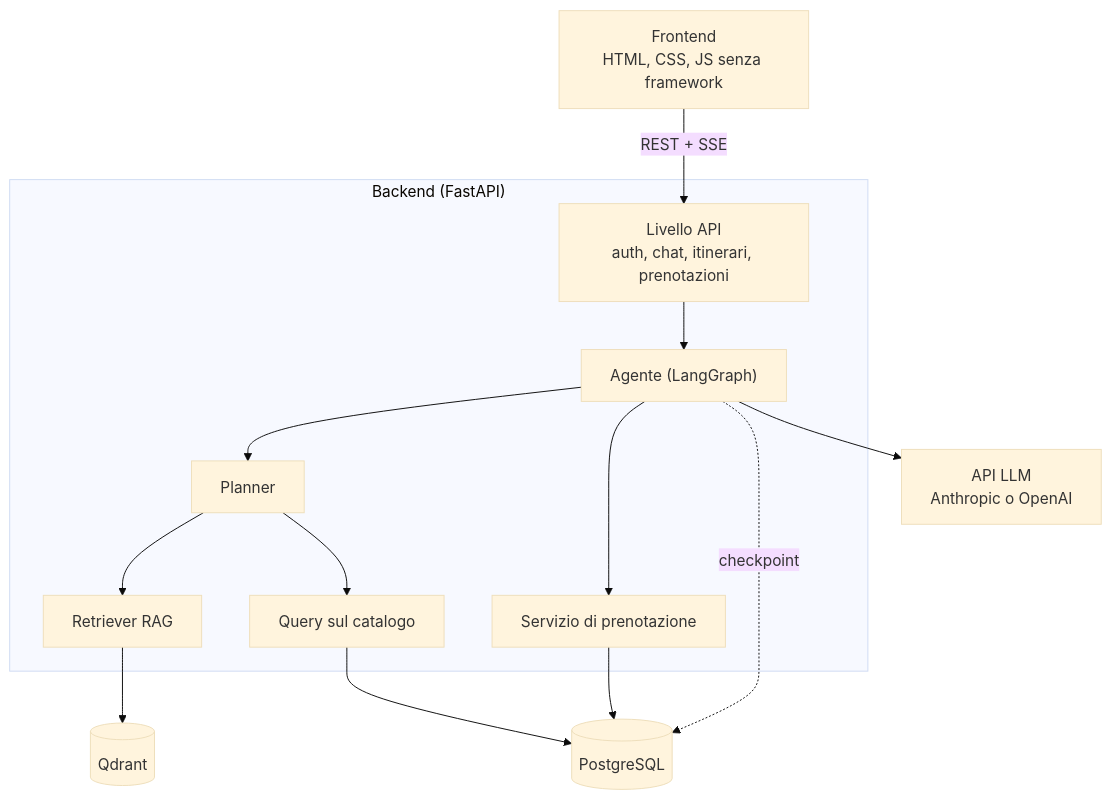
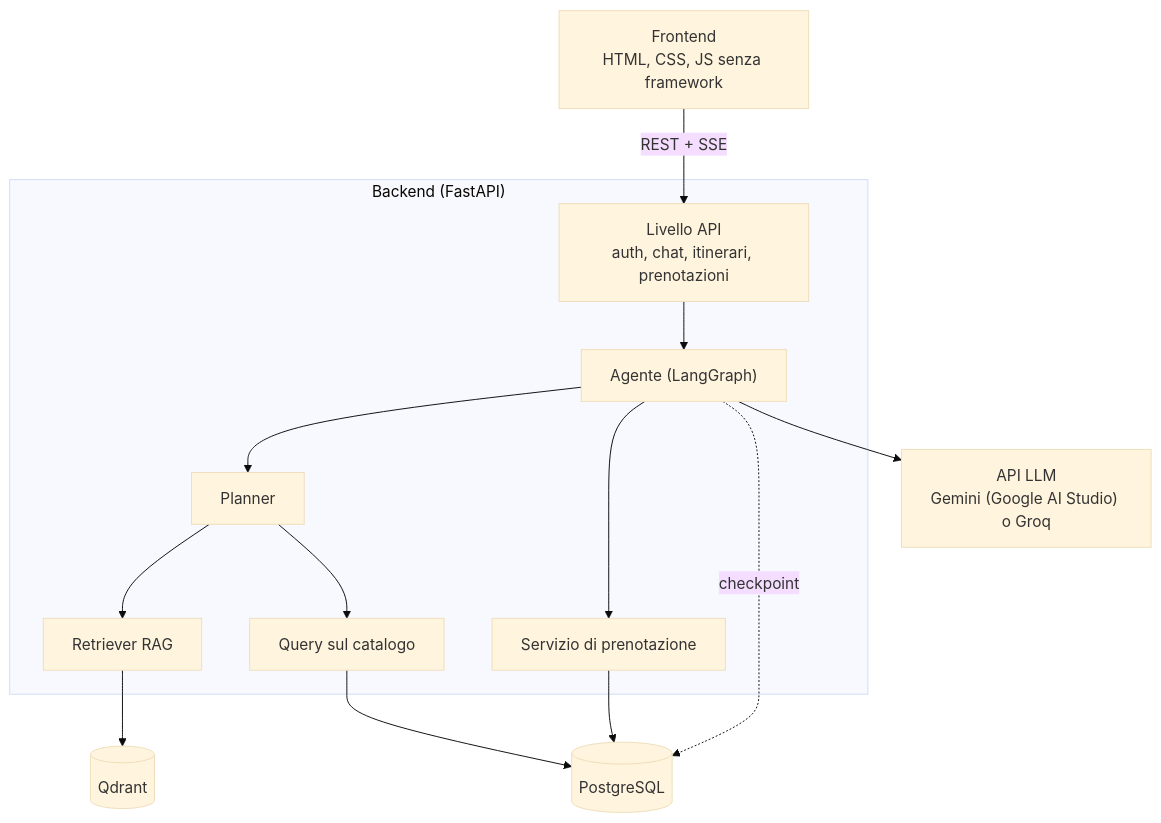
One commit to CiroSeto30/Travel-Agent changed the first of 3 diagrams in docs/design.md. Above: the diagram before and after it, drawn with Mermaid (base theme). The commit also changed other lines of this file and 3 other files, not shown here.

````diff
--- a/docs/design.md
+++ b/docs/design.md
@@ -71,18 +71,18 @@
 ```mermaid
 flowchart TB
     FE["Frontend<br/>HTML, CSS, JS senza framework"] -->|REST + SSE| API
 
     subgraph BE["Backend (FastAPI)"]
         API["Livello API<br/>auth, chat, itinerari, prenotazioni"] --> AG["Agente (LangGraph)"]
         AG --> PL["Planner"]
         AG --> BK["Servizio di prenotazione"]
         PL --> RAG["Retriever RAG"]
         PL --> CAT["Query sul catalogo"]
     end
 
-    AG --> LLM["API LLM<br/>Anthropic o OpenAI"]
+    AG --> LLM["API LLM<br/>Gemini (Google AI Studio) o Groq"]
     CAT --> PG[("PostgreSQL")]
     BK --> PG
     AG -. checkpoint .-> PG
     RAG --> QD[("Qdrant")]
 ```
````
